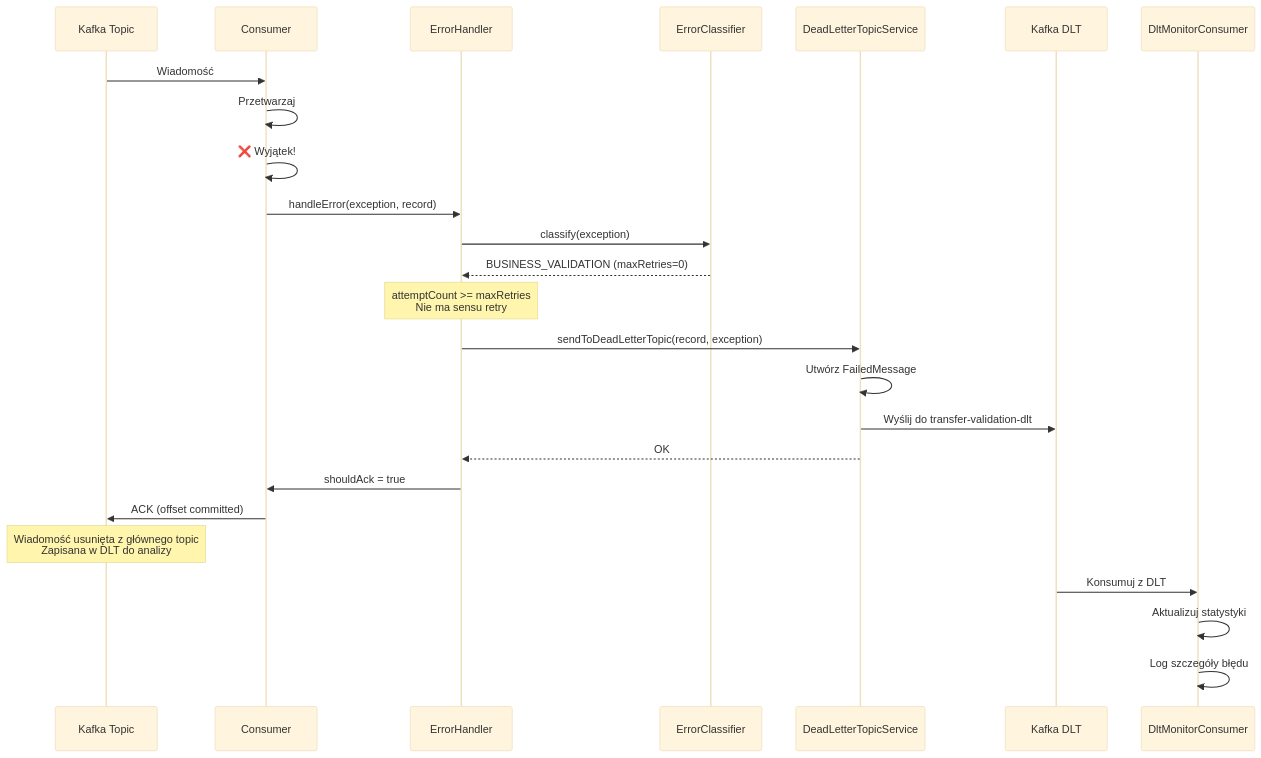
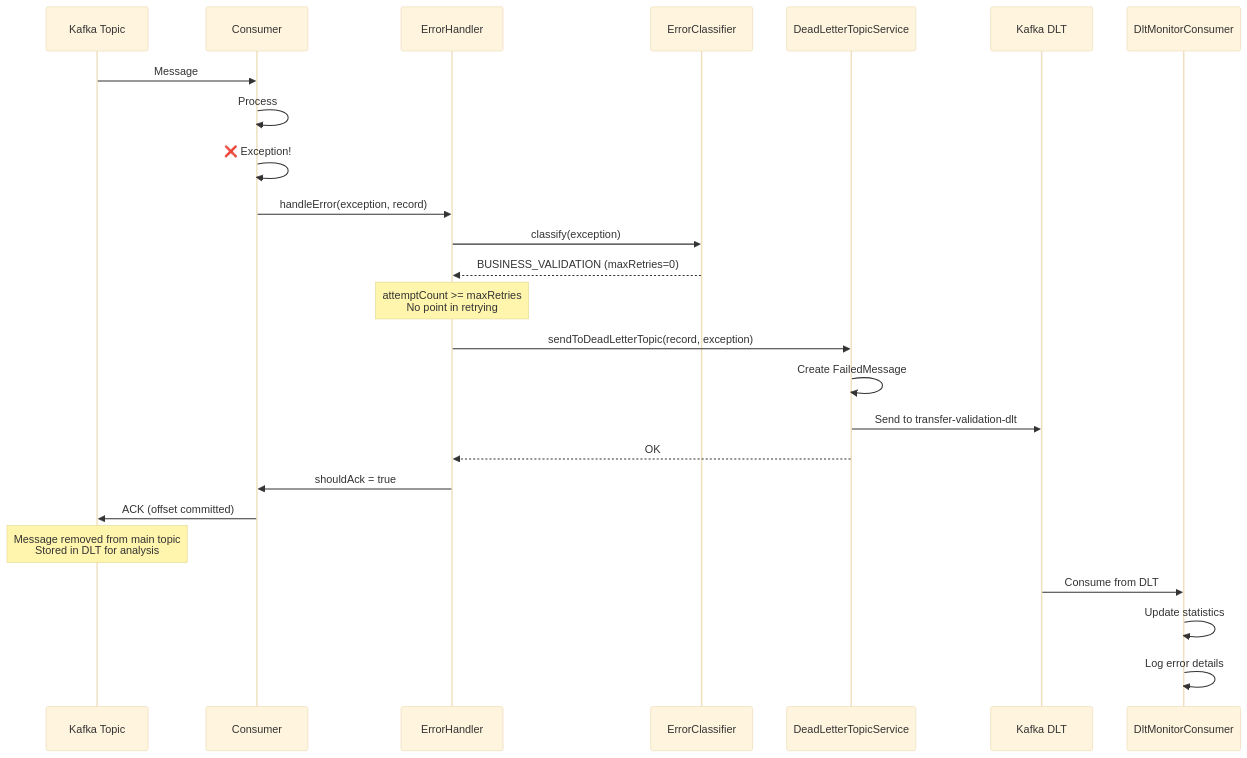
Before and after one commit to kmpol/banking-sysyem-kafka: the fifth of 5 diagrams in docs/error-dlt-flow.md, drawn with Mermaid (base theme). The commit also changed other lines of this file and 1 other file, not shown here.

First line of the commit message:
Translate flow diagrams to English

````diff
--- a/docs/error-dlt-flow.md
+++ b/docs/error-dlt-flow.md
@@ -206,34 +206,34 @@
 ```mermaid
 sequenceDiagram
     participant K as Kafka Topic
     participant C as Consumer
     participant EH as ErrorHandler
     participant EC as ErrorClassifier
     participant DLT as DeadLetterTopicService
     participant KDLT as Kafka DLT
     participant MON as DltMonitorConsumer
 
-    K->>C: Wiadomość
-    C->>C: Przetwarzaj
-    C->>C: ❌ Wyjątek!
+    K->>C: Message
+    C->>C: Process
+    C->>C: ❌ Exception!
 
     C->>EH: handleError(exception, record)
     EH->>EC: classify(exception)
     EC-->>EH: BUSINESS_VALIDATION (maxRetries=0)
 
-    Note over EH: attemptCount >= maxRetries<br/>Nie ma sensu retry
+    Note over EH: attemptCount >= maxRetries<br/>No point in retrying
 
     EH->>DLT: sendToDeadLetterTopic(record, exception)
-    DLT->>DLT: Utwórz FailedMessage
-    DLT->>KDLT: Wyślij do transfer-validation-dlt
+    DLT->>DLT: Create FailedMessage
+    DLT->>KDLT: Send to transfer-validation-dlt
     DLT-->>EH: OK
 
     EH->>C: shouldAck = true
     C->>K: ACK (offset committed)
 
-    Note over K: Wiadomość usunięta z głównego topic<br/>Zapisana w DLT do analizy
+    Note over K: Message removed from main topic<br/>Stored in DLT for analysis
 
-    KDLT->>MON: Konsumuj z DLT
-    MON->>MON: Aktualizuj statystyki
-    MON->>MON: Log szczegóły błędu
+    KDLT->>MON: Consume from DLT
+    MON->>MON: Update statistics
+    MON->>MON: Log error details
 ```
````
